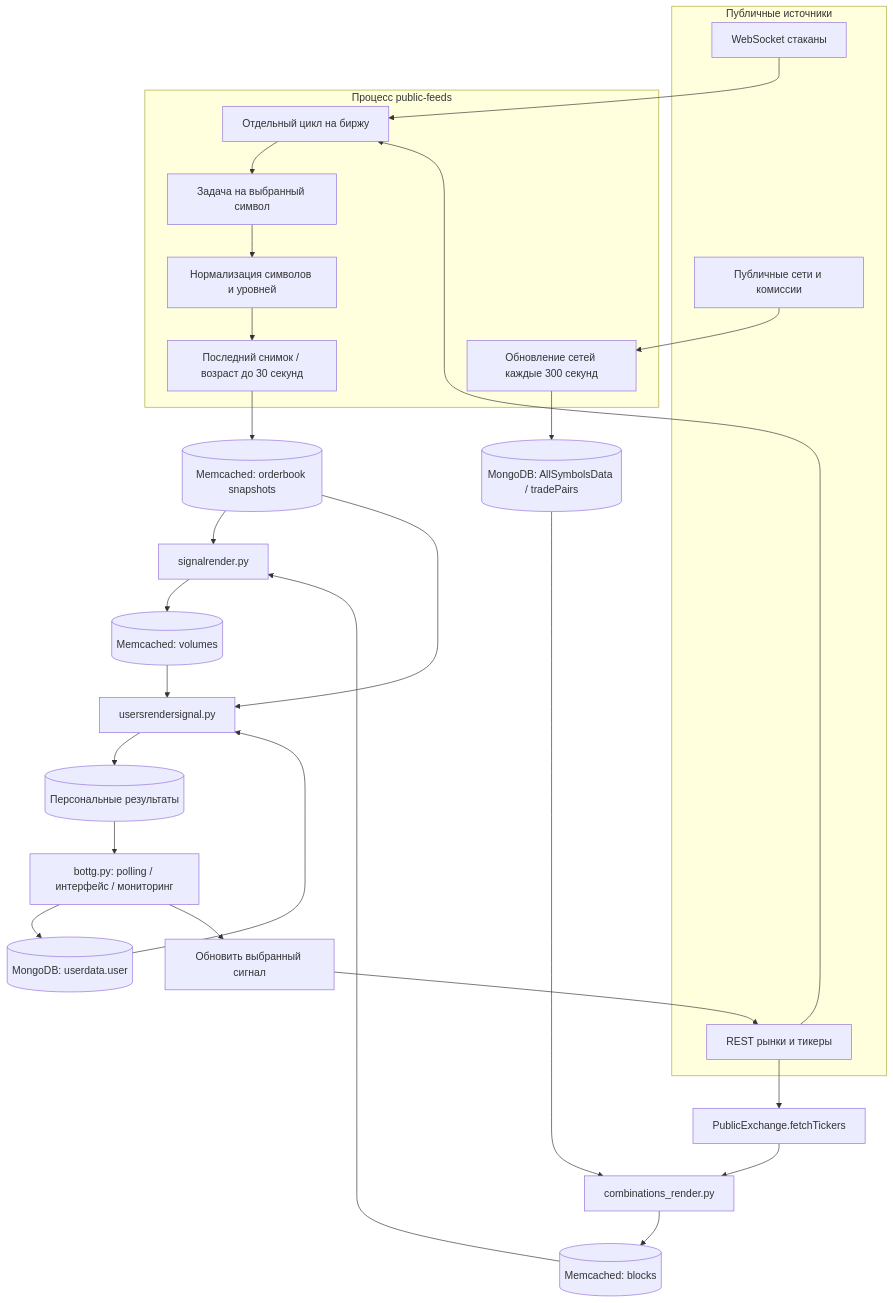
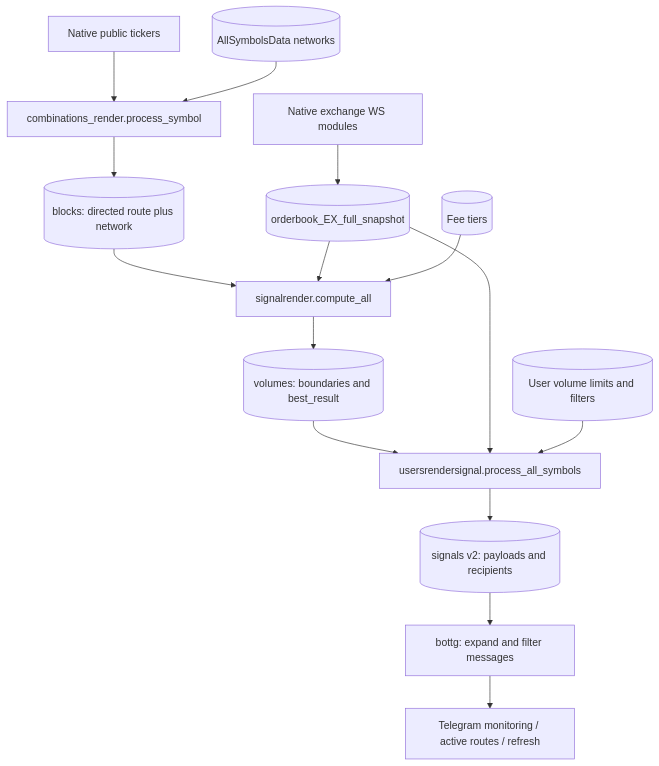
Before and after one commit to salyahcrypto1-beep/arbitrage-sc-speed: the first of 12 diagrams in docs/ARCHITECTURE.md, drawn with Mermaid. The commit also changed other lines of this file and 36 other files, not shown here.

Commit message:
Restore native exchange feeds, remove inherited admin features, document algorithm internals

````diff
--- a/docs/ARCHITECTURE.md
+++ b/docs/ARCHITECTURE.md
@@ -7,35 +19,17 @@
 ```mermaid
 flowchart TB
-    subgraph Internet[Публичные источники]
-      WS[WebSocket стаканы]
-      REST[REST рынки и тикеры]
-      NET[Публичные сети и комиссии]
-    end
-    subgraph Feed[Процесс public-feeds]
-      EX[Отдельный цикл на биржу]
-      SUB[Задача на выбранный символ]
-      NORMAL[Нормализация символов и уровней]
-      FRESH[Последний снимок / возраст до 30 секунд]
-      META[Обновление сетей каждые 300 секунд]
-    end
-    WS --> EX --> SUB --> NORMAL --> FRESH
-    REST --> EX
-    NET --> META
-    FRESH --> CACHE[(Memcached: orderbook snapshots)]
-    META --> DB[(MongoDB: AllSymbolsData / tradePairs)]
-    REST --> TICK[PublicExchange.fetchTickers]
-    DB --> COMB[combinations_render.py]
-    TICK --> COMB
-    COMB --> BLOCKS[(Memcached: blocks)]
-    CACHE --> MATH[signalrender.py]
-    BLOCKS --> MATH
-    MATH --> VOLUMES[(Memcached: volumes)]
-    VOLUMES --> USER[usersrendersignal.py]
-    CACHE --> USER
-    DBUSER[(MongoDB: userdata.user)] --> USER
-    USER --> SIGNALS[(Персональные результаты)]
-    SIGNALS --> TG[bottg.py: polling / интерфейс / мониторинг]
-    TG --> DBUSER
-    TG --> REQUEST[Обновить выбранный сигнал]
-    REQUEST --> REST
+    T[Native public tickers] --> C[combinations_render.process_symbol]
+    N[(AllSymbolsData networks)] --> C
+    C --> B[(blocks: directed route plus network)]
+    W[Native exchange WS modules] --> O[(orderbook_EX_full_snapshot)]
+    B --> V[signalrender.compute_all]
+    O --> V
+    FE[(Fee tiers)] --> V
+    V --> R[(volumes: boundaries and best_result)]
+    R --> U[usersrendersignal.process_all_symbols]
+    O --> U
+    P[(User volume limits and filters)] --> U
+    U --> S[(signals v2: payloads and recipients)]
+    S --> TG[bottg: expand and filter messages]
+    TG --> UI[Telegram monitoring / active routes / refresh]
 ```
````
